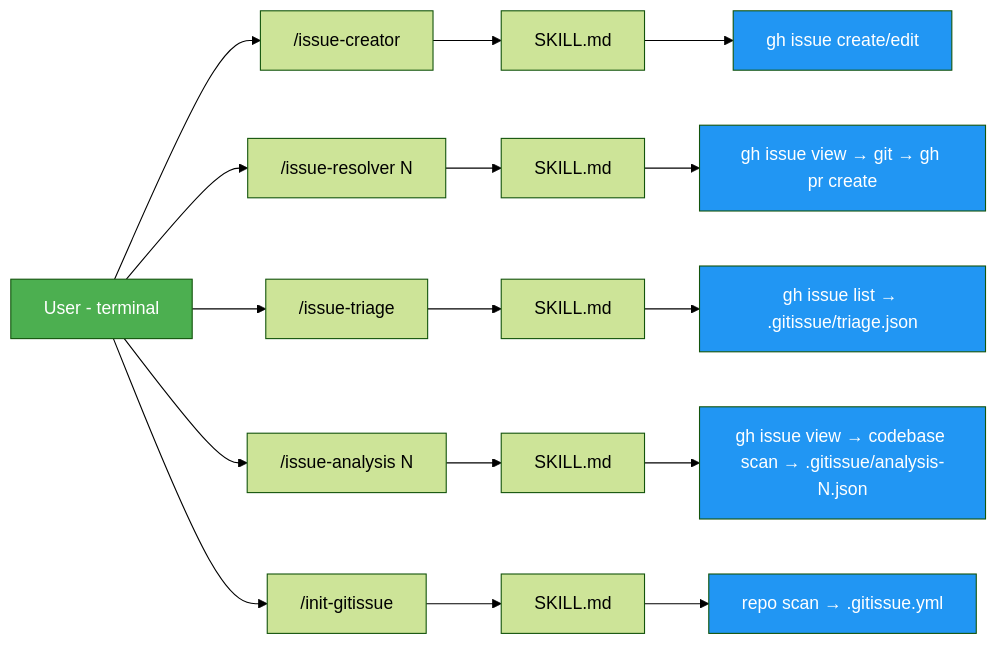
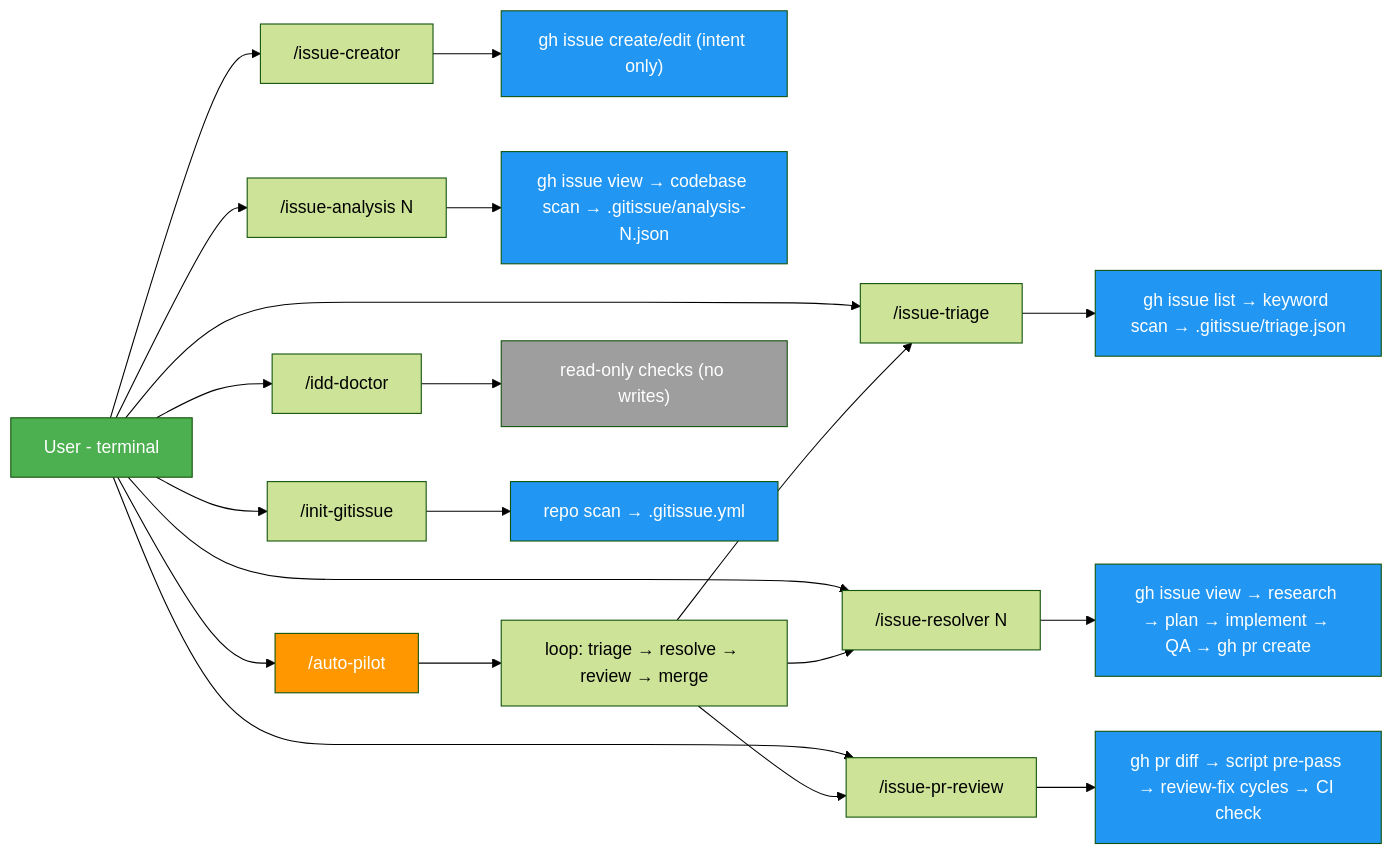
One commit to luongnv89/idd changed the first of 4 diagrams in docs/ARCHITECTURE.md. Above: the diagram before and after it, drawn with Mermaid (forest theme). The commit also changed other lines of this file and 3 other files, not shown here.

````diff
--- a/docs/ARCHITECTURE.md
+++ b/docs/ARCHITECTURE.md
@@ -11,21 +11,33 @@
 ```mermaid
 graph LR
     U[User - terminal] --> IC["/issue-creator"]
+    U --> IA["/issue-analysis N"]
+    U --> IT["/issue-triage"]
     U --> IR["/issue-resolver N"]
-    U --> IT["/issue-triage"]
-    U --> IA["/issue-analysis N"]
+    U --> PR["/issue-pr-review"]
+    U --> AP["/auto-pilot"]
+    U --> ID["/idd-doctor"]
     U --> IG["/init-gitissue"]
 
-    IC --> S1[SKILL.md] --> G1["gh issue create/edit"]
-    IR --> S2[SKILL.md] --> G2["gh issue view → git → gh pr create"]
-    IT --> S3[SKILL.md] --> G3["gh issue list → .gitissue/triage.json"]
-    IA --> S5[SKILL.md] --> G5["gh issue view → codebase scan → .gitissue/analysis-N.json"]
-    IG --> S4[SKILL.md] --> G4["repo scan → .gitissue.yml"]
+    IC --> G1["gh issue create/edit (intent only)"]
+    IA --> G5["gh issue view → codebase scan → .gitissue/analysis-N.json"]
+    IT --> G3["gh issue list → keyword scan → .gitissue/triage.json"]
+    IR --> G2["gh issue view → research → plan → implement → QA → gh pr create"]
+    PR --> G6["gh pr diff → script pre-pass → review-fix cycles → CI check"]
+    AP --> AP2["loop: triage → resolve → review → merge"]
+    AP2 --> IT
+    AP2 --> IR
+    AP2 --> PR
+    ID --> G7["read-only checks (no writes)"]
+    IG --> G4["repo scan → .gitissue.yml"]
 
     style U fill:#4CAF50,color:#fff
+    style AP fill:#FF9800,color:#fff
     style G1 fill:#2196F3,color:#fff
     style G2 fill:#2196F3,color:#fff
     style G3 fill:#2196F3,color:#fff
     style G4 fill:#2196F3,color:#fff
     style G5 fill:#2196F3,color:#fff
+    style G6 fill:#2196F3,color:#fff
+    style G7 fill:#9E9E9E,color:#fff
 ```
````
